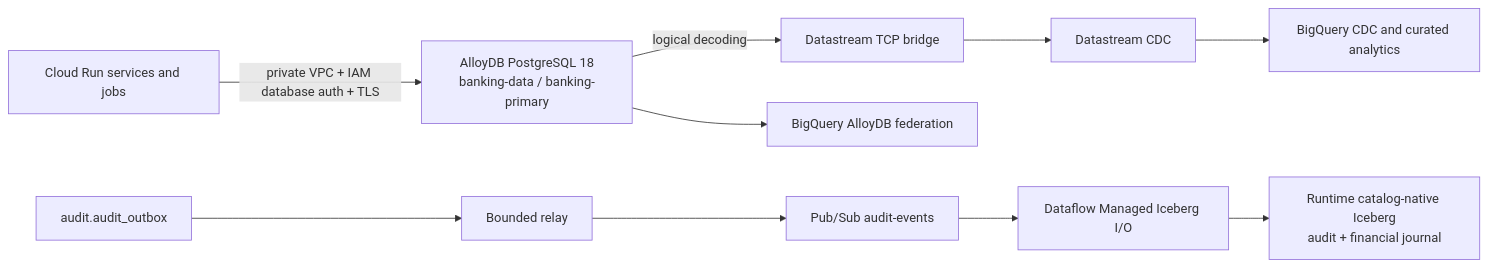
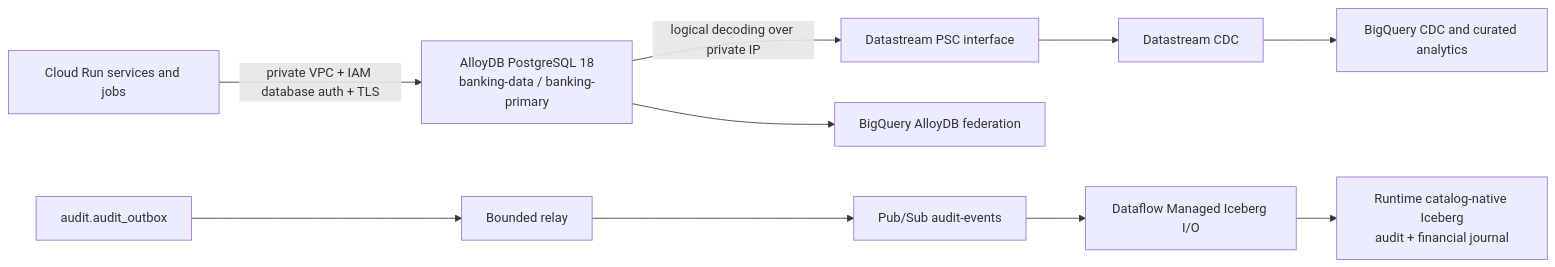
The first of 2 diagrams in docs/architecture/data-platform/data_layer_architecture.md (GoogleCloudPlatform/fsi-gecx-bundle), drawn with Mermaid before and after one commit. The commit also changed other lines of this file and 13 other files, not shown here.

Commit message:
feat(infra): replace Datastream bridge with PSC

````diff
--- a/docs/architecture/data-platform/data_layer_architecture.md
+++ b/docs/architecture/data-platform/data_layer_architecture.md
@@ -5,12 +5,12 @@
 ```mermaid
 flowchart LR
     Services["Cloud Run services and jobs"] -->|"private VPC + IAM database auth + TLS"| AlloyDB["AlloyDB PostgreSQL 18<br/>banking-data / banking-primary"]
-    AlloyDB -->|"logical decoding"| Bridge["Datastream TCP bridge"]
-    Bridge --> Datastream["Datastream CDC"]
+    AlloyDB -->|"logical decoding over private IP"| PSC["Datastream PSC interface"]
+    PSC --> Datastream["Datastream CDC"]
     Datastream --> BigQuery["BigQuery CDC and curated analytics"]
     AlloyDB --> Federation["BigQuery AlloyDB federation"]
     Outbox["audit.audit_outbox"] --> Relay["Bounded relay"]
     Relay --> PubSub["Pub/Sub audit-events"]
     PubSub --> Dataflow["Dataflow Managed Iceberg I/O"]
     Dataflow --> Audit["Runtime catalog-native Iceberg<br/>audit + financial journal"]
 ```
````
